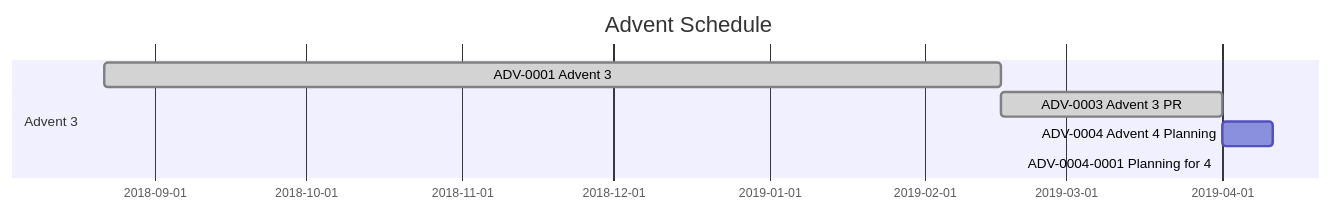
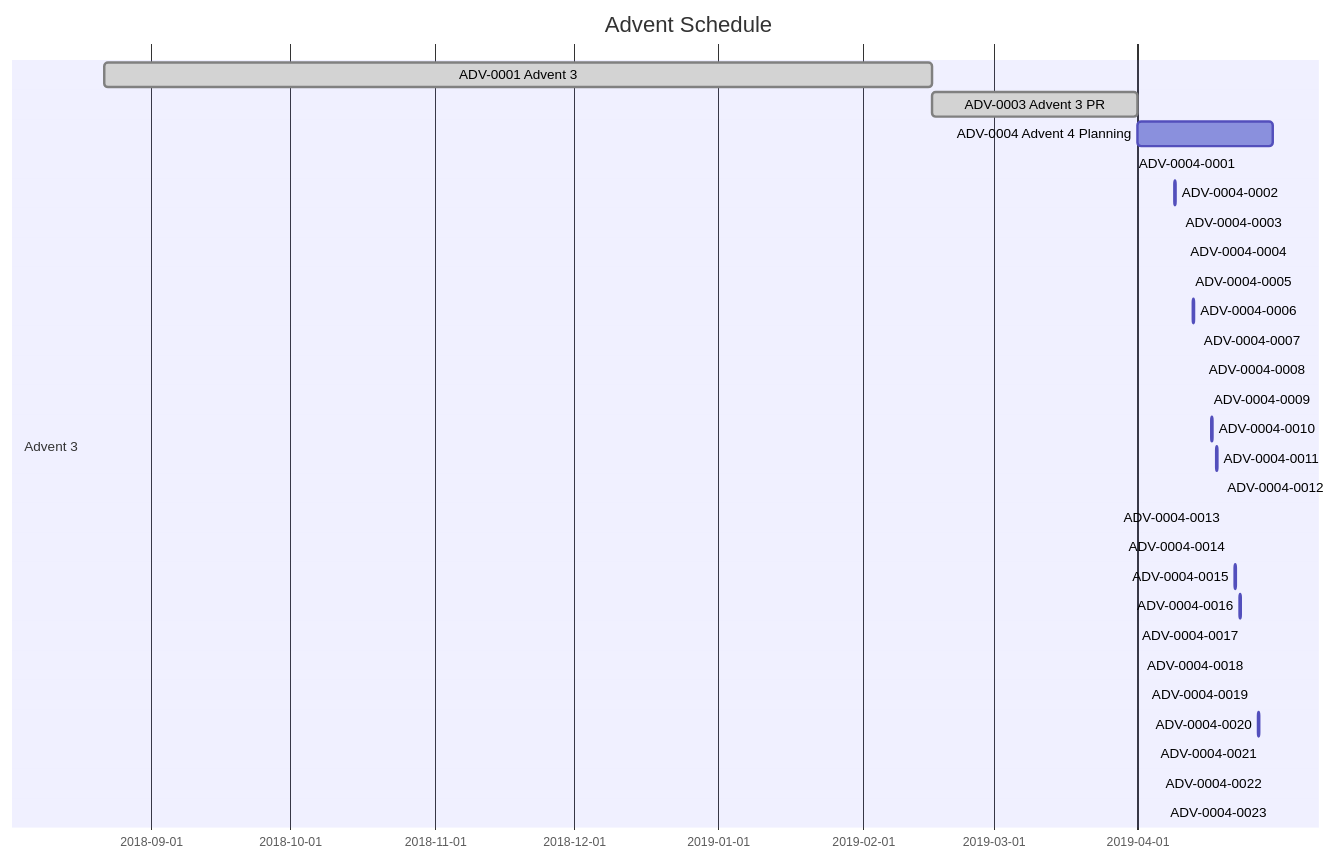
Before and after one commit to VivaRado/Advent: the second of 2 diagrams in README.md, drawn with Mermaid. The commit also changed other lines of this file and 2 other files, not shown here.

Commit message:
Filler Planning for advent 4

````diff
--- a/README.md
+++ b/README.md
@@ -797,10 +797,32 @@
 ```mermaid
 gantt
         dateFormat  YYYY-MM-DD
         title Advent Schedule
         section Advent 3
         ADV-0001 Advent 3:         done,des1, 2018-08-22,2019-02-16
         ADV-0003 Advent 3 PR:         done,des2, 2019-02-16, 2019-04-01
-        ADV-0004 Advent 4 Planning:         des3, after des2, 10d
-        ADV-0004-0001 Planning for 4:         done, des3, 2019-03-31, 2h
+        ADV-0004 Advent 4 Planning:         des3, after des2, 2019-04-30
+        ADV-0004-0001:         done, des4, 2019-03-31, 2h
+        ADV-0004-0002:         des5, 2019-04-09, 2h
+        ADV-0004-0003:         des6, 2019-04-10, 2h
+        ADV-0004-0004:         des7, 2019-04-11, 2h
+        ADV-0004-0005:         des8, 2019-04-12, 2h
+        ADV-0004-0006:         des9, 2019-04-13, 2h
+        ADV-0004-0007:         des10, 2019-04-14, 2h
+        ADV-0004-0008:         des11, 2019-04-15, 2h
+        ADV-0004-0009:         des12, 2019-04-16, 2h
+        ADV-0004-0010:         des13, 2019-04-17, 2h
+        ADV-0004-0011:         des14, 2019-04-18, 2h
+        ADV-0004-0012:         des15, 2019-04-19, 2h
+        ADV-0004-0013:         des16, 2019-04-20, 2h
+        ADV-0004-0014:         des17, 2019-04-21, 2h
+        ADV-0004-0015:         des18, 2019-04-22, 2h
+        ADV-0004-0016:         des19, 2019-04-23, 2h
+        ADV-0004-0017:         des20, 2019-04-24, 2h
+        ADV-0004-0018:         des21, 2019-04-25, 2h
+        ADV-0004-0019:         des22, 2019-04-26, 2h
+        ADV-0004-0020:         des23, 2019-04-27, 2h
+        ADV-0004-0021:         des24, 2019-04-28, 2h
+        ADV-0004-0022:         des25, 2019-04-29, 2h
+        ADV-0004-0023:         des26, 2019-04-30, 2h
 ```
````
